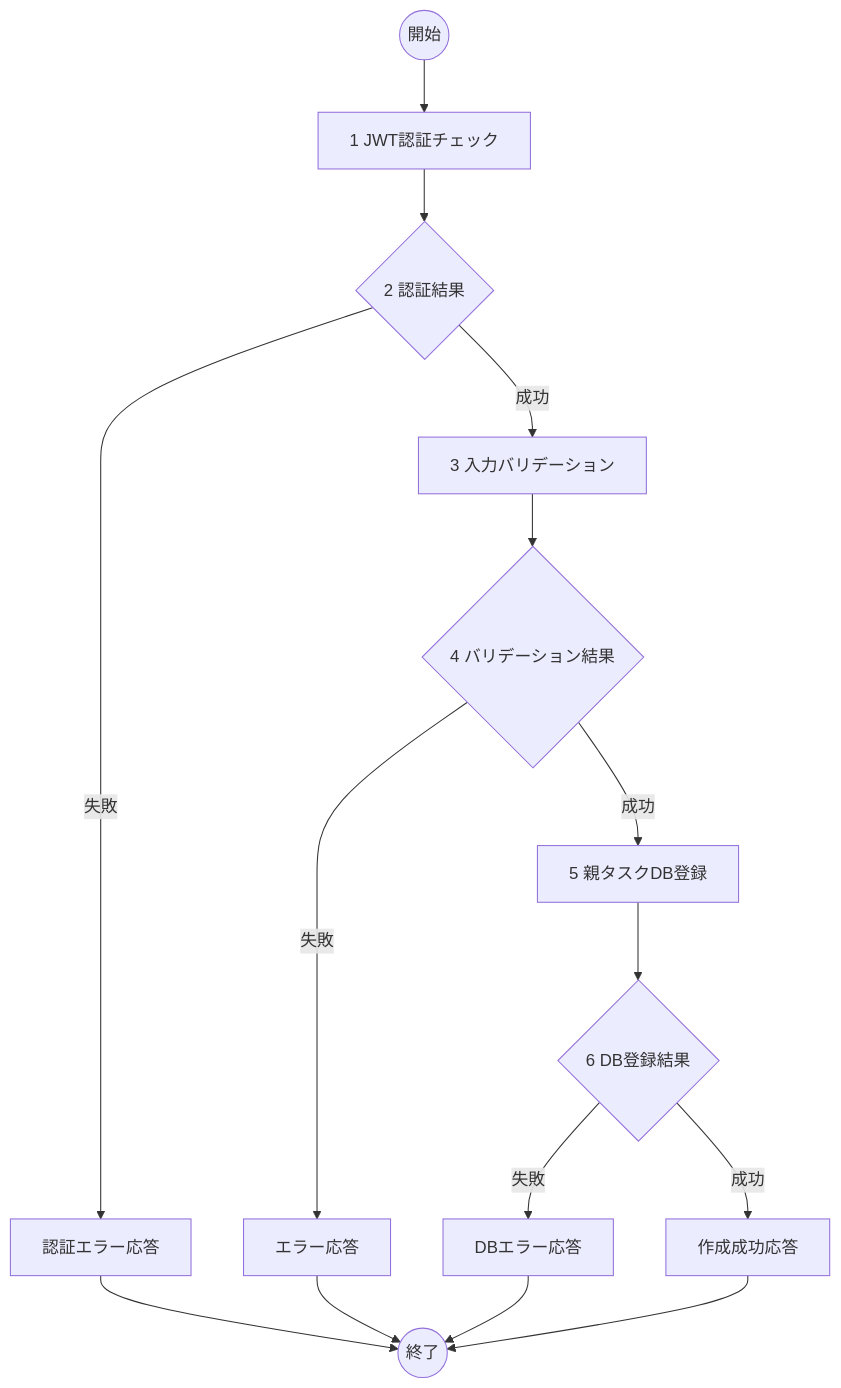
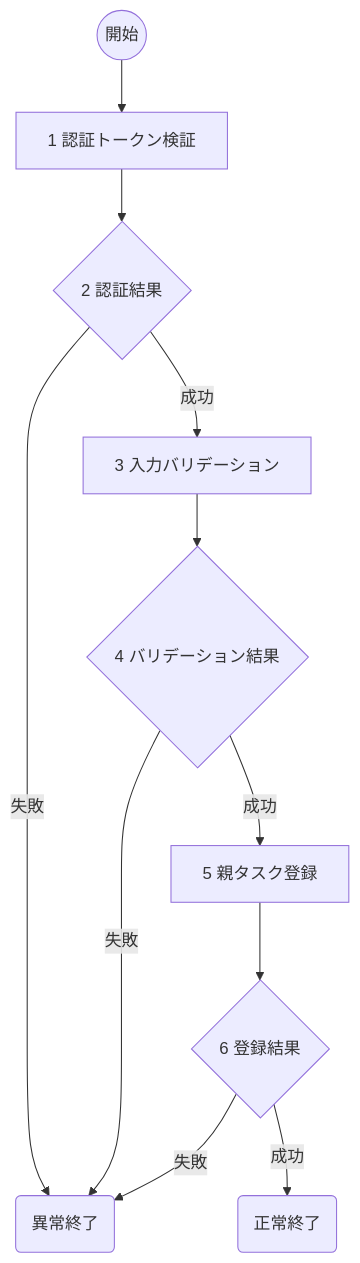
One commit to HatoriIchigo/C3-cli-full changed the second of 2 diagrams in sample/detail/func/親タスク作成.T01.md. Above: the diagram before and after it, drawn with Mermaid. The commit also changed other lines of this file and 31 other files, not shown here.

````diff
--- a/sample/detail/func/親タスク作成.T01.md
+++ b/sample/detail/func/親タスク作成.T01.md
@@ -35,17 +30,13 @@
 ```mermaid
 graph TD;
-    Start((開始)) --> AuthCheck[1 JWT認証チェック];
-    AuthCheck --> AuthResult{2 認証結果};
-    AuthResult -- 失敗 --> AuthError[認証エラー応答];
-    AuthResult -- 成功 --> InputValidation[3 入力バリデーション];
-    InputValidation --> ValidationResult{4 バリデーション結果};
-    ValidationResult -- 失敗 --> ValidationError[エラー応答];
-    ValidationResult -- 成功 --> TaskInsert[5 親タスクDB登録];
-    TaskInsert --> InsertResult{6 DB登録結果};
-    InsertResult -- 失敗 --> DatabaseError[DBエラー応答];
-    InsertResult -- 成功 --> Success[作成成功応答];
-    AuthError --> End((終了));
-    ValidationError --> End;
-    DatabaseError --> End;
-    Success --> End;
+    Start((開始)) --> TokenCheck[1 認証トークン検証];
+    TokenCheck --> TokenResult{2 認証結果};
+    TokenResult -- 失敗 --> Fail(異常終了);
+    TokenResult -- 成功 --> Validation[3 入力バリデーション];
+    Validation --> ValResult{4 バリデーション結果};
+    ValResult -- 失敗 --> Fail;
+    ValResult -- 成功 --> DBInsert[5 親タスク登録];
+    DBInsert --> DBResult{6 登録結果};
+    DBResult -- 失敗 --> Fail;
+    DBResult -- 成功 --> Success(正常終了);
 ```
````
